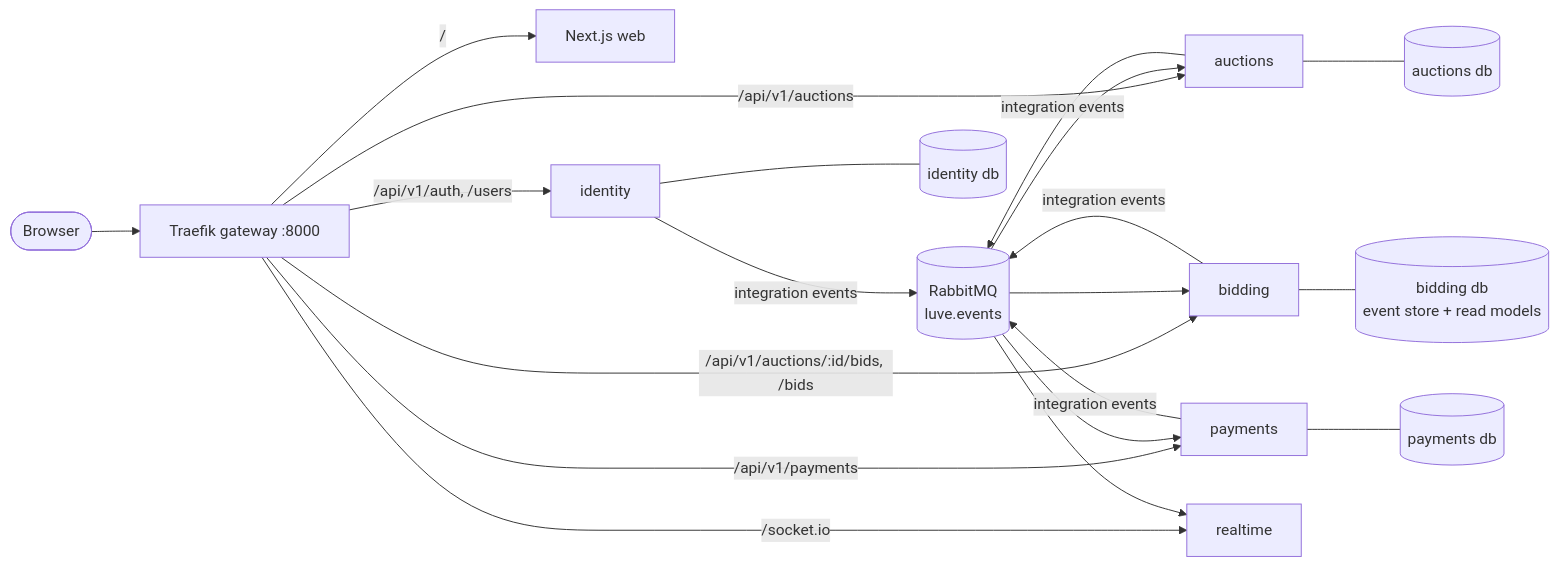
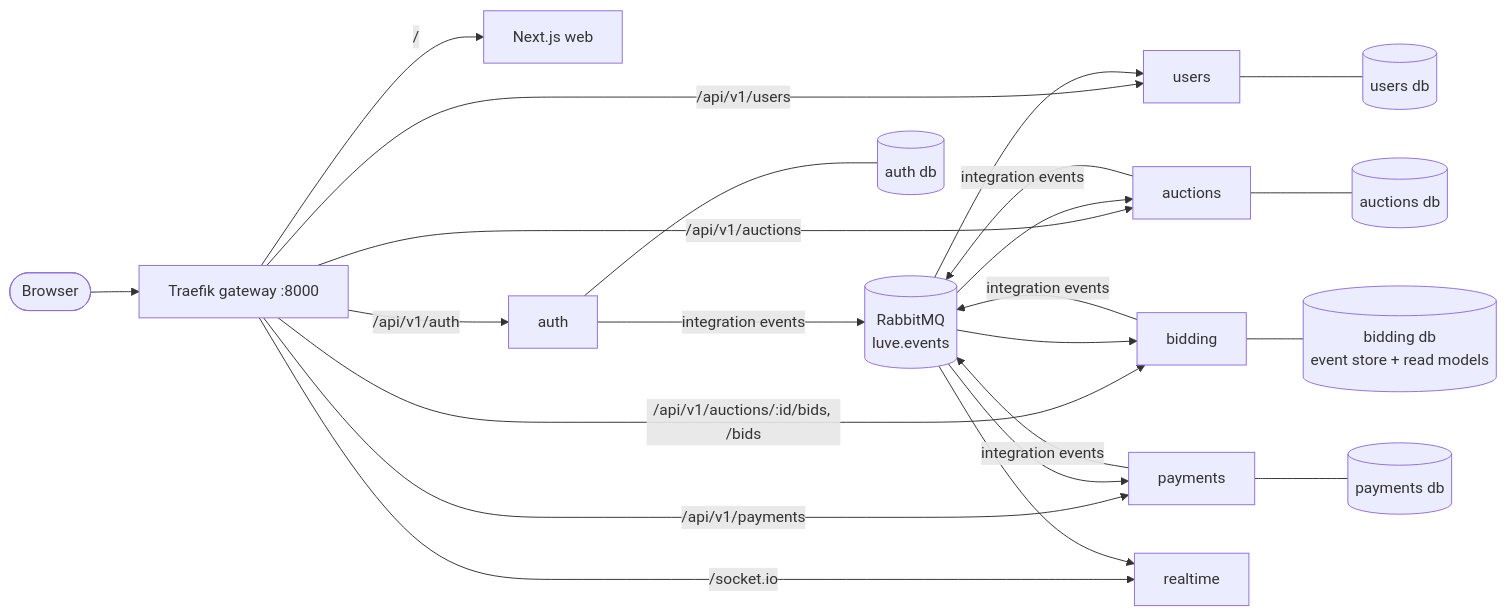
The diagram in README.md (QuinCoolen/luve), drawn with Mermaid before and after one commit. The commit also changed other lines of this file and 211 other files, not shown here.

````diff
--- a/README.md
+++ b/README.md
@@ -7,18 +7,20 @@
 ```mermaid
 flowchart LR
   browser([Browser]) --> gw[Traefik gateway :8000]
   gw -->|/| web[Next.js web]
-  gw -->|/api/v1/auth, /users| identity
+  gw -->|/api/v1/auth| auth
+  gw -->|/api/v1/users| users
   gw -->|/api/v1/auctions| auctions
   gw -->|/api/v1/auctions/:id/bids, /bids| bidding
   gw -->|/api/v1/payments| payments
   gw -->|/socket.io| realtime
 
-  identity & auctions & bidding & payments -- integration events --> mq[(RabbitMQ<br/>luve.events)]
-  mq --> auctions & bidding & payments & realtime
+  auth & auctions & bidding & payments -- integration events --> mq[(RabbitMQ<br/>luve.events)]
+  mq --> users & auctions & bidding & payments & realtime
 
-  identity --- pgI[(identity db)]
+  auth --- pgAu[(auth db)]
+  users --- pgU[(users db)]
   auctions --- pgA[(auctions db)]
   bidding --- pgB[(bidding db<br/>event store + read models)]
   payments --- pgP[(payments db)]
 ```
````
